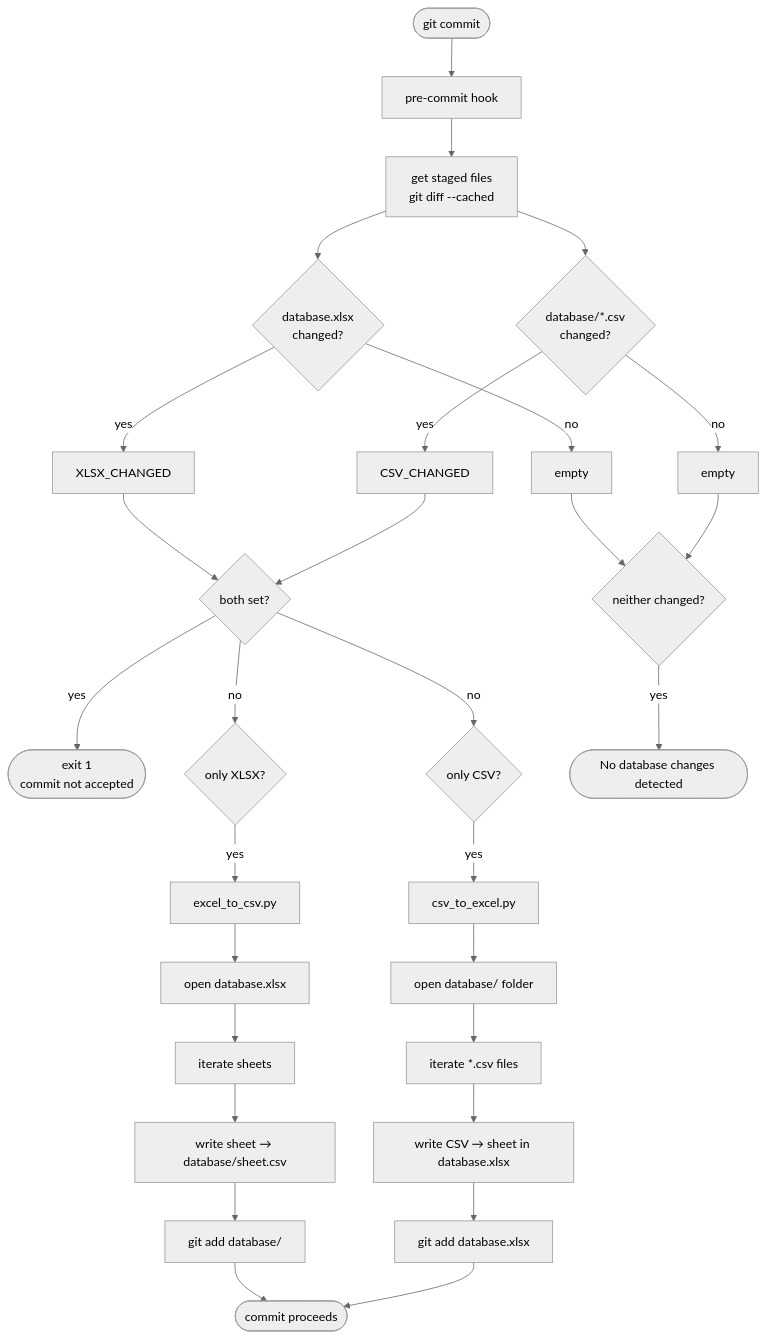
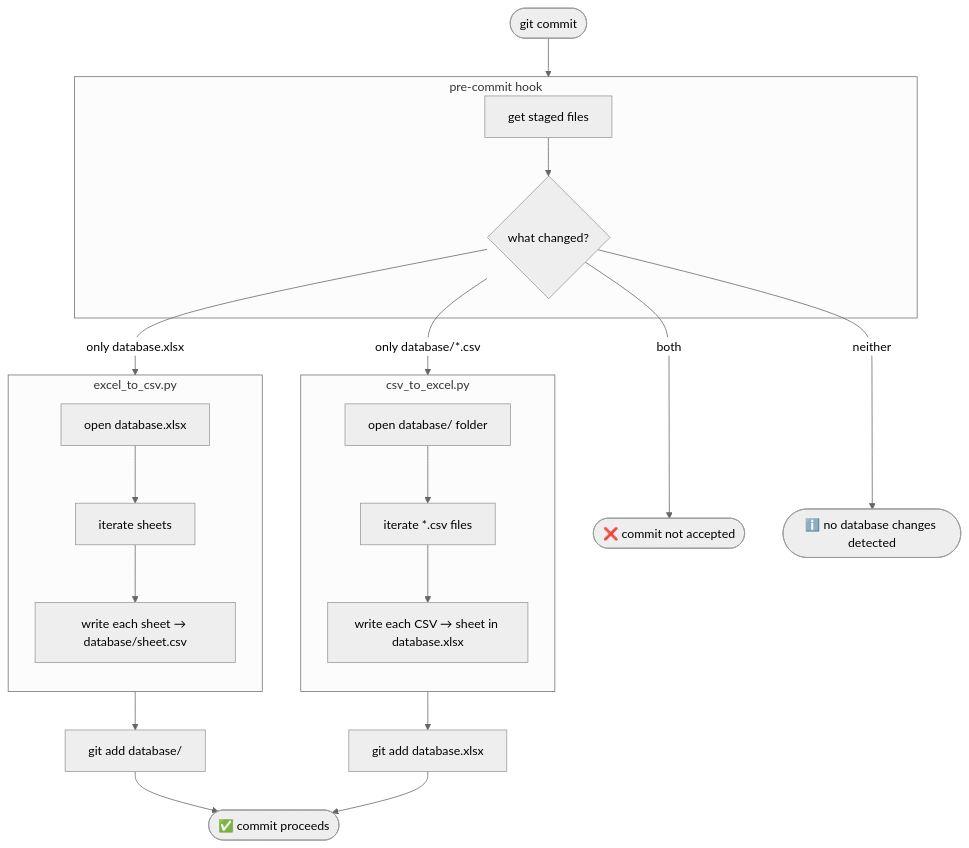
The diagram in diagram.md (tomaszwarda/excel-versioning), drawn with Mermaid (neutral theme) before and after one commit.

Commit message:
duagram 3

````diff
--- a/diagram.md
+++ b/diagram.md
@@ -1,37 +1,40 @@
 ```mermaid
 flowchart TD
-    A([git commit]) --> B[pre-commit hook]
+    START([git commit]) --> HOOK
 
-    B --> C[get staged files\ngit diff --cached]
-    C --> D{database.xlsx\nchanged?}
-    C --> E{database/*.csv\nchanged?}
+    subgraph HOOK[pre-commit hook]
+        GET[get staged files] --> CHECK{what changed?}
+    end
 
-    D -- yes --> F[XLSX_CHANGED]
-    D -- no --> G[empty]
-    E -- yes --> H[CSV_CHANGED]
-    E -- no --> I[empty]
+    CHECK -- both --> BLOCK([❌ commit not accepted])
 
-    F & H --> J{both set?}
-    J -- yes --> K([exit 1\ncommit not accepted])
+    CHECK -- only database.xlsx --> E2C
 
-    J -- no --> L{only XLSX?}
-    L -- yes --> M[excel_to_csv.py]
-    M --> M1[open database.xlsx]
-    M1 --> M2[iterate sheets]
-    M2 --> M3[write sheet → database/sheet.csv]
-    M3 --> M4[git add database/]
-    M4 --> Z
+    subgraph E2C[excel_to_csv.py]
+        direction TB
+        E1[open database.xlsx]
+        E2[iterate sheets]
+        E3[write each sheet → database/sheet.csv]
+        E1 --> E2 --> E3
+    end
 
-    J -- no --> N{only CSV?}
-    N -- yes --> O[csv_to_excel.py]
-    O --> O1[open database/ folder]
-    O1 --> O2[iterate *.csv files]
-    O2 --> O3[write CSV → sheet in database.xlsx]
-    O3 --> O4[git add database.xlsx]
-    O4 --> Z
+    E2C --> ADD_CSV[git add database/]
+    ADD_CSV --> DONE
 
-    G & I --> P{neither changed?}
-    P -- yes --> Q([No database changes detected])
+    CHECK -- only database/*.csv --> C2E
 
-    Z([commit proceeds])
+    subgraph C2E[csv_to_excel.py]
+        direction TB
+        C1[open database/ folder]
+        C2[iterate *.csv files]
+        C3[write each CSV → sheet in database.xlsx]
+        C1 --> C2 --> C3
+    end
+
+    C2E --> ADD_XL[git add database.xlsx]
+    ADD_XL --> DONE
+
+    CHECK -- neither --> NO_CHANGE([ℹ️ no database changes detected])
+
+    DONE([✅ commit proceeds])
 ```
````
